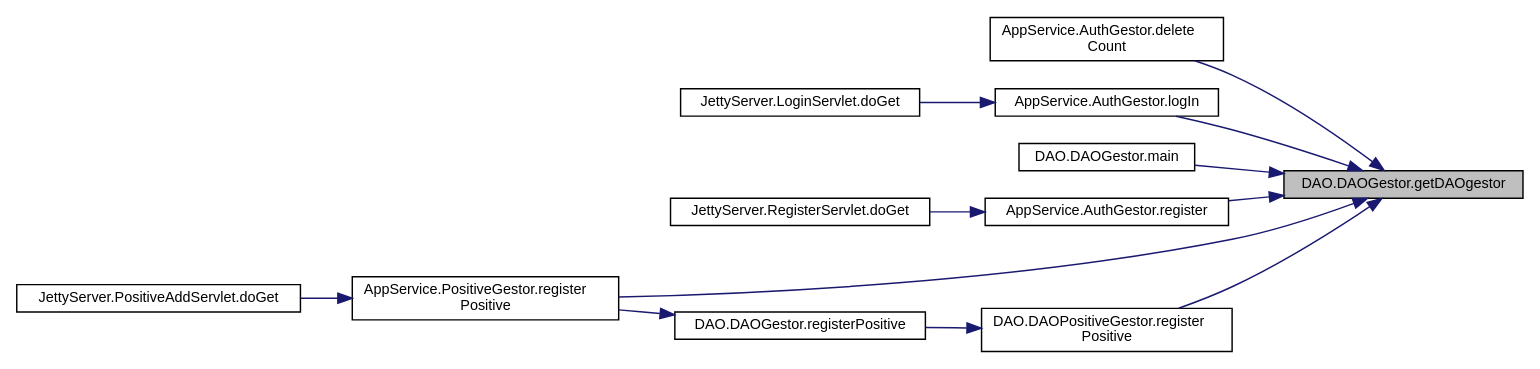
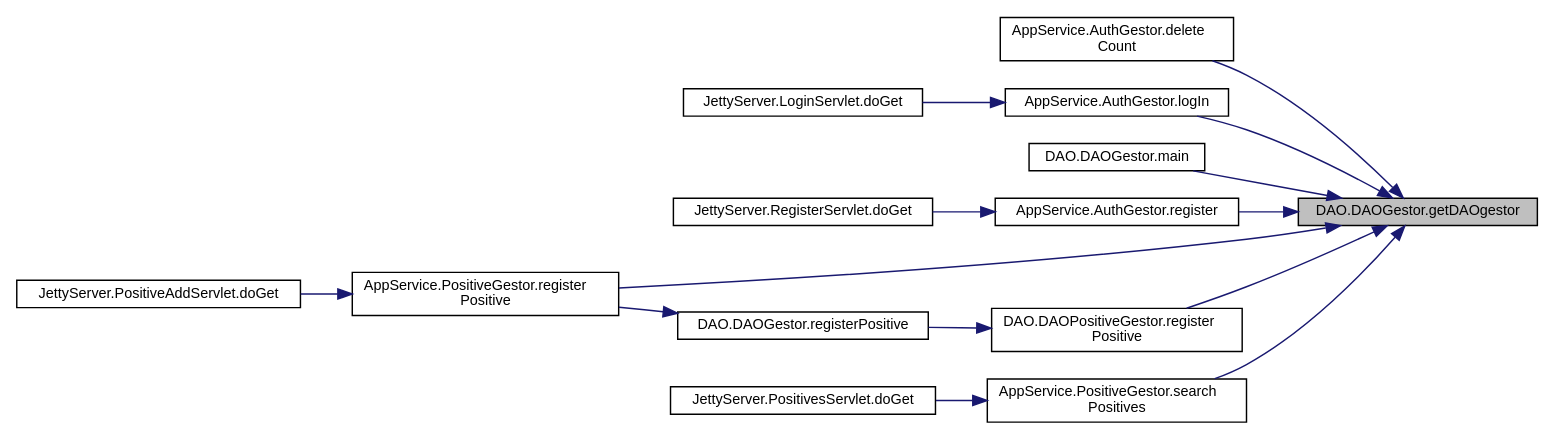
The diagram in docs/class_d_a_o_1_1_d_a_o_gestor_a743ecb55529d951593438e513a023921_icgraph.dot (enekoatxa/RadarCovid), drawn with Graphviz before and after one commit. The commit also changed 160 other files, not shown here.

```diff
--- a/docs/class_d_a_o_1_1_d_a_o_gestor_a743ecb55529d951593438e513a023921_icgraph.dot
+++ b/docs/class_d_a_o_1_1_d_a_o_gestor_a743ecb55529d951593438e513a023921_icgraph.dot
@@ -1,29 +1,33 @@
 digraph "DAO.DAOGestor.getDAOgestor"
 {
  // LATEX_PDF_SIZE
   edge [fontname="Helvetica",fontsize="10",labelfontname="Helvetica",labelfontsize="10"];
   node [fontname="Helvetica",fontsize="10",shape=record];
   rankdir="RL";
   Node1 [label="DAO.DAOGestor.getDAOgestor",height=0.2,width=0.4,color="black", fillcolor="grey75", style="filled", fontcolor="black",tooltip=" "];
   Node1 -> Node2 [dir="back",color="midnightblue",fontsize="10",style="solid",fontname="Helvetica"];
   Node2 [label="AppService.AuthGestor.delete\lCount",height=0.2,width=0.4,color="black", fillcolor="white", style="filled",URL="$class_app_service_1_1_auth_gestor.html#aa6ff344b90eb77a27dfc200fba74c523",tooltip=" "];
   Node1 -> Node3 [dir="back",color="midnightblue",fontsize="10",style="solid",fontname="Helvetica"];
   Node3 [label="AppService.AuthGestor.logIn",height=0.2,width=0.4,color="black", fillcolor="white", style="filled",URL="$class_app_service_1_1_auth_gestor.html#aeafd43b974741a663c41ffcbb3accaf9",tooltip=" "];
   Node3 -> Node4 [dir="back",color="midnightblue",fontsize="10",style="solid",fontname="Helvetica"];
   Node4 [label="JettyServer.LoginServlet.doGet",height=0.2,width=0.4,color="black", fillcolor="white", style="filled",URL="$class_jetty_server_1_1_login_servlet.html#a1b41970a65fe867dfe40f80b4ccea338",tooltip=" "];
   Node1 -> Node5 [dir="back",color="midnightblue",fontsize="10",style="solid",fontname="Helvetica"];
   Node5 [label="DAO.DAOGestor.main",height=0.2,width=0.4,color="black", fillcolor="white", style="filled",URL="$class_d_a_o_1_1_d_a_o_gestor.html#a418601ed26da405dd755a8b193aa9d70",tooltip=" "];
   Node1 -> Node6 [dir="back",color="midnightblue",fontsize="10",style="solid",fontname="Helvetica"];
   Node6 [label="AppService.AuthGestor.register",height=0.2,width=0.4,color="black", fillcolor="white", style="filled",URL="$class_app_service_1_1_auth_gestor.html#a5308a024c1e22f27e463c0987b00b9dd",tooltip=" "];
   Node6 -> Node7 [dir="back",color="midnightblue",fontsize="10",style="solid",fontname="Helvetica"];
   Node7 [label="JettyServer.RegisterServlet.doGet",height=0.2,width=0.4,color="black", fillcolor="white", style="filled",URL="$class_jetty_server_1_1_register_servlet.html#ab03335b5154d4e8ac1ca4797147e9d00",tooltip=" "];
   Node1 -> Node8 [dir="back",color="midnightblue",fontsize="10",style="solid",fontname="Helvetica"];
   Node8 [label="AppService.PositiveGestor.register\lPositive",height=0.2,width=0.4,color="black", fillcolor="white", style="filled",URL="$class_app_service_1_1_positive_gestor.html#a06e5a688499ef9d8dd92cb524f846e1e",tooltip=" "];
   Node8 -> Node9 [dir="back",color="midnightblue",fontsize="10",style="solid",fontname="Helvetica"];
   Node9 [label="JettyServer.PositiveAddServlet.doGet",height=0.2,width=0.4,color="black", fillcolor="white", style="filled",URL="$class_jetty_server_1_1_positive_add_servlet.html#aa97237f9c84de6958b9bf679d3b0211f",tooltip=" "];
   Node1 -> Node10 [dir="back",color="midnightblue",fontsize="10",style="solid",fontname="Helvetica"];
   Node10 [label="DAO.DAOPositiveGestor.register\lPositive",height=0.2,width=0.4,color="black", fillcolor="white", style="filled",URL="$class_d_a_o_1_1_d_a_o_positive_gestor.html#a5602d2f32fec0dd9f222402f8b1ad48e",tooltip=" "];
   Node10 -> Node11 [dir="back",color="midnightblue",fontsize="10",style="solid",fontname="Helvetica"];
   Node11 [label="DAO.DAOGestor.registerPositive",height=0.2,width=0.4,color="black", fillcolor="white", style="filled",URL="$class_d_a_o_1_1_d_a_o_gestor.html#a6ea0f06fc24dd013578351ec8e0302fd",tooltip=" "];
   Node11 -> Node8 [dir="back",color="midnightblue",fontsize="10",style="solid",fontname="Helvetica"];
+  Node1 -> Node12 [dir="back",color="midnightblue",fontsize="10",style="solid",fontname="Helvetica"];
+  Node12 [label="AppService.PositiveGestor.search\lPositives",height=0.2,width=0.4,color="black", fillcolor="white", style="filled",URL="$class_app_service_1_1_positive_gestor.html#a2c980437a77527176c1b6116f0399ded",tooltip=" "];
+  Node12 -> Node13 [dir="back",color="midnightblue",fontsize="10",style="solid",fontname="Helvetica"];
+  Node13 [label="JettyServer.PositivesServlet.doGet",height=0.2,width=0.4,color="black", fillcolor="white", style="filled",URL="$class_jetty_server_1_1_positives_servlet.html#a93dee73d81fa336eab434bad30eff999",tooltip=" "];
 }
```
